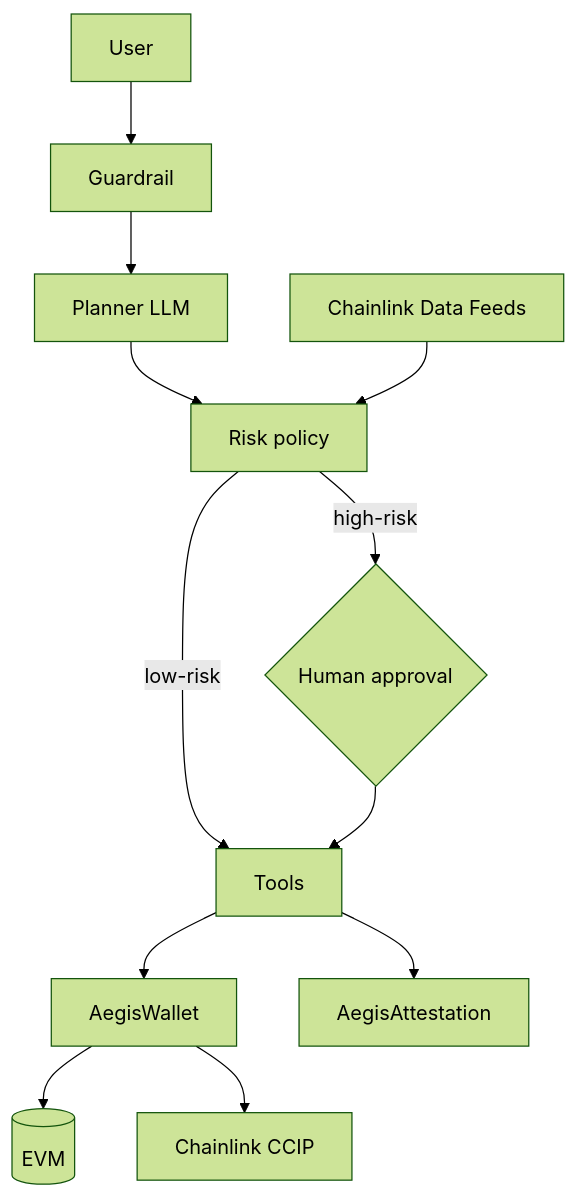
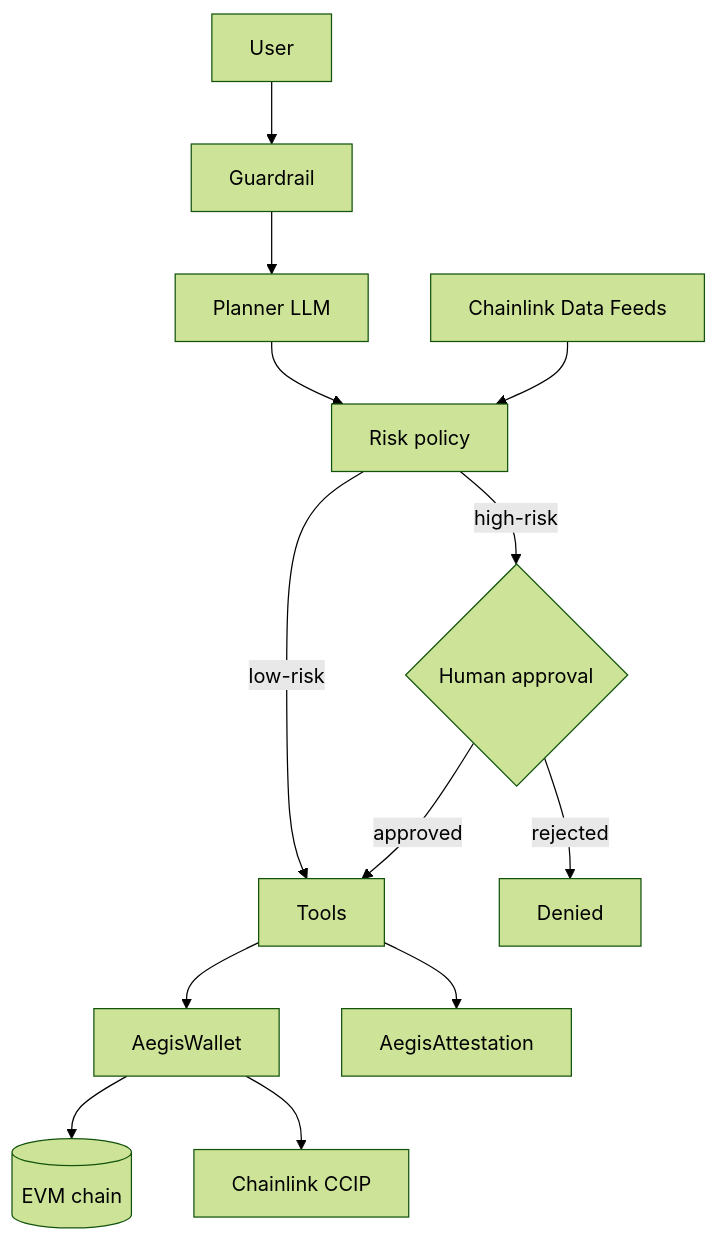
One commit to 0xChainAegis/aegis-agent changed the diagram in README.md. Above: the diagram before and after it, drawn with Mermaid (forest theme). The commit also changed other lines of this file and 8 other files, not shown here.

````diff
--- a/README.md
+++ b/README.md
@@ -37,14 +50,15 @@
 ```mermaid
 flowchart TD
     U[User] --> G[Guardrail]
     G --> P[Planner LLM]
     P --> R[Risk policy]
     R -->|low-risk| T[Tools]
     R -->|high-risk| H{Human approval}
-    H --> T
+    H -->|approved| T
+    H -->|rejected| D[Denied]
     T --> W[AegisWallet]
     T --> A[AegisAttestation]
-    W --> C[(EVM)]
+    W --> C[(EVM chain)]
     W --> X[Chainlink CCIP]
     O[Chainlink Data Feeds] --> R
 ```
````
